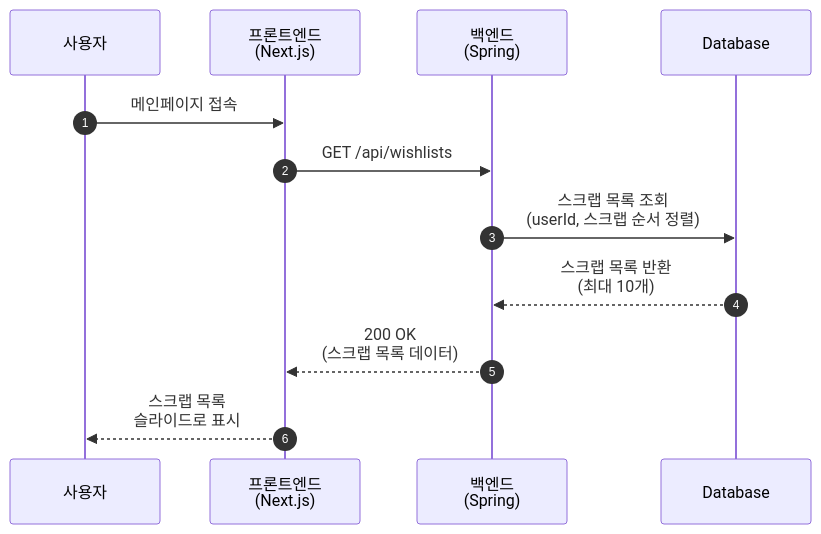
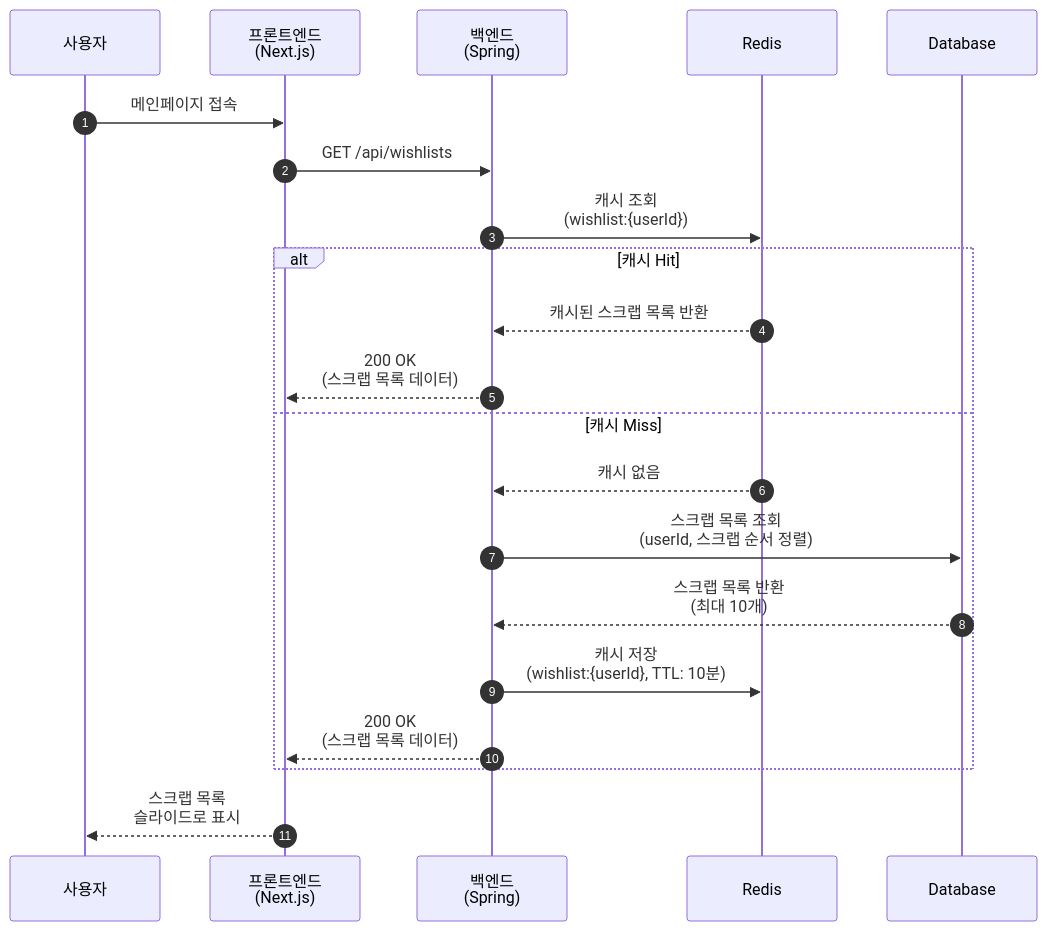
One commit to sw-campus/sw-campus-docs changed the second of 4 diagrams in sequence/wishlist/wishlist_diagram.md. Above: the diagram before and after it, drawn with Mermaid. The commit also changed other lines of this file and 3 other files, not shown here.

````diff
--- a/sequence/wishlist/wishlist_diagram.md
+++ b/sequence/wishlist/wishlist_diagram.md
@@ -48,15 +51,26 @@
 ```mermaid
 sequenceDiagram
     autonumber
     participant User as 사용자
     participant Frontend as 프론트엔드<br/>(Next.js)
     participant Backend as 백엔드<br/>(Spring)
+    participant Redis as Redis
     participant DB as Database
 
     User->>Frontend: 메인페이지 접속
     Frontend->>Backend: GET /api/wishlists
-    Backend->>DB: 스크랩 목록 조회<br/>(userId, 스크랩 순서 정렬)
-    DB-->>Backend: 스크랩 목록 반환<br/>(최대 10개)
-    Backend-->>Frontend: 200 OK<br/>(스크랩 목록 데이터)
+    Backend->>Redis: 캐시 조회<br/>(wishlist:{userId})
+
+    alt 캐시 Hit
+        Redis-->>Backend: 캐시된 스크랩 목록 반환
+        Backend-->>Frontend: 200 OK<br/>(스크랩 목록 데이터)
+    else 캐시 Miss
+        Redis-->>Backend: 캐시 없음
+        Backend->>DB: 스크랩 목록 조회<br/>(userId, 스크랩 순서 정렬)
+        DB-->>Backend: 스크랩 목록 반환<br/>(최대 10개)
+        Backend->>Redis: 캐시 저장<br/>(wishlist:{userId}, TTL: 10분)
+        Backend-->>Frontend: 200 OK<br/>(스크랩 목록 데이터)
+    end
+
     Frontend-->>User: 스크랩 목록<br/>슬라이드로 표시
 ```
````
